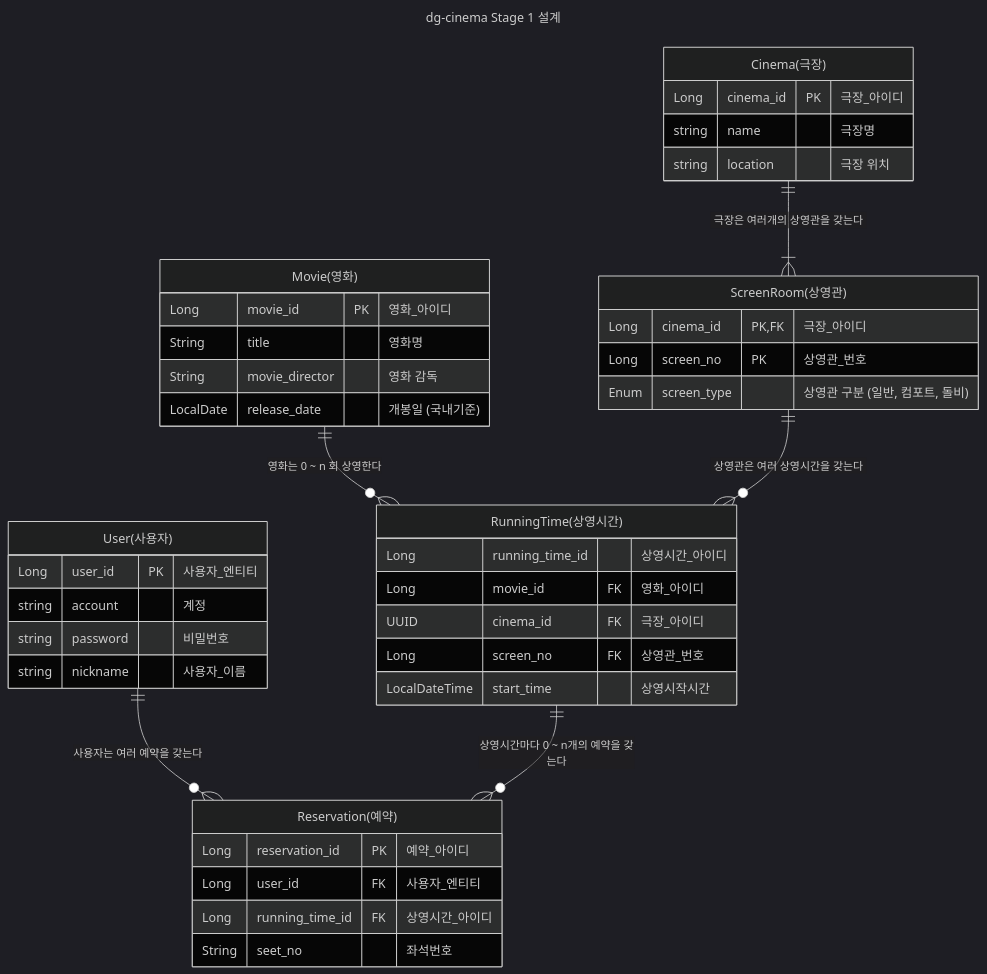
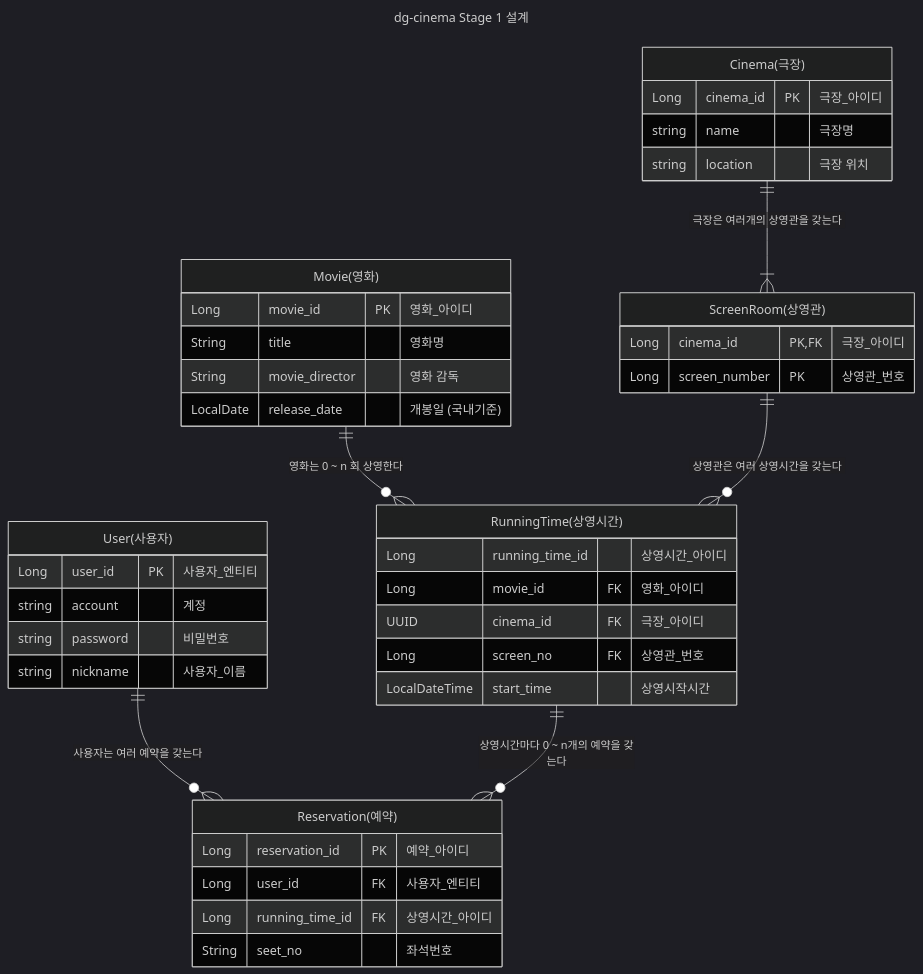
Before and after one commit to leesj8116/dg-cinema-backend: the diagram in document/ENTITY.md, drawn with Mermaid (dark theme).

Commit message:
엔티티 설계 변경
1. screen_no => screen_number로 컬럼명 변경
2. 상영관 구분 삭제 (최소 구현에 불필요한 내용으로, 필요시 차후 추가)

````diff
--- a/document/ENTITY.md
+++ b/document/ENTITY.md
@@ -5,51 +5,50 @@
 ```mermaid
 ---
 title: dg-cinema Stage 1 설계
 ---
 erDiagram
     "User(사용자)" {
         Long user_id PK "사용자_엔티티"
         string account "계정"
         string password "비밀번호"
         string nickname "사용자_이름"
     }
     "Movie(영화)" {
         Long movie_id PK "영화_아이디"
         String title "영화명"
         String movie_director "영화 감독"
         LocalDate release_date "개봉일 (국내기준)"
     }
     "Cinema(극장)" {
         Long cinema_id PK "극장_아이디"
         string name "극장명"
         string location "극장 위치"
     }
 
     "ScreenRoom(상영관)" {
         Long cinema_id PK, FK "극장_아이디"
-        Long screen_no PK "상영관_번호"
-        Enum screen_type "상영관 구분 (일반, 컴포트, 돌비)"
+        Long screen_number PK "상영관_번호"
     }
 
     "Reservation(예약)" {
         Long reservation_id PK "예약_아이디"
         Long user_id FK "사용자_엔티티"
         Long running_time_id FK "상영시간_아이디"
         String seet_no "좌석번호"
     }
 
     "RunningTime(상영시간)" {
         Long running_time_id "상영시간_아이디"
         Long movie_id FK "영화_아이디"
         UUID cinema_id FK "극장_아이디"
         Long screen_no FK "상영관_번호"
         LocalDateTime start_time "상영시작시간"
     }
 
     "Movie(영화)" ||--o{ "RunningTime(상영시간)": "영화는 0 ~ n 회 상영한다"
     "ScreenRoom(상영관)" ||--o{ "RunningTime(상영시간)": "상영관은 여러 상영시간을 갖는다"
     "Cinema(극장)" ||--|{ "ScreenRoom(상영관)": "극장은 여러개의 상영관을 갖는다"
     "User(사용자)" ||--o{ "Reservation(예약)": "사용자는 여러 예약을 갖는다"
     "RunningTime(상영시간)" ||--o{ "Reservation(예약)": "상영시간마다 0 ~ n개의 예약을 갖는다"
 
 ```
````
